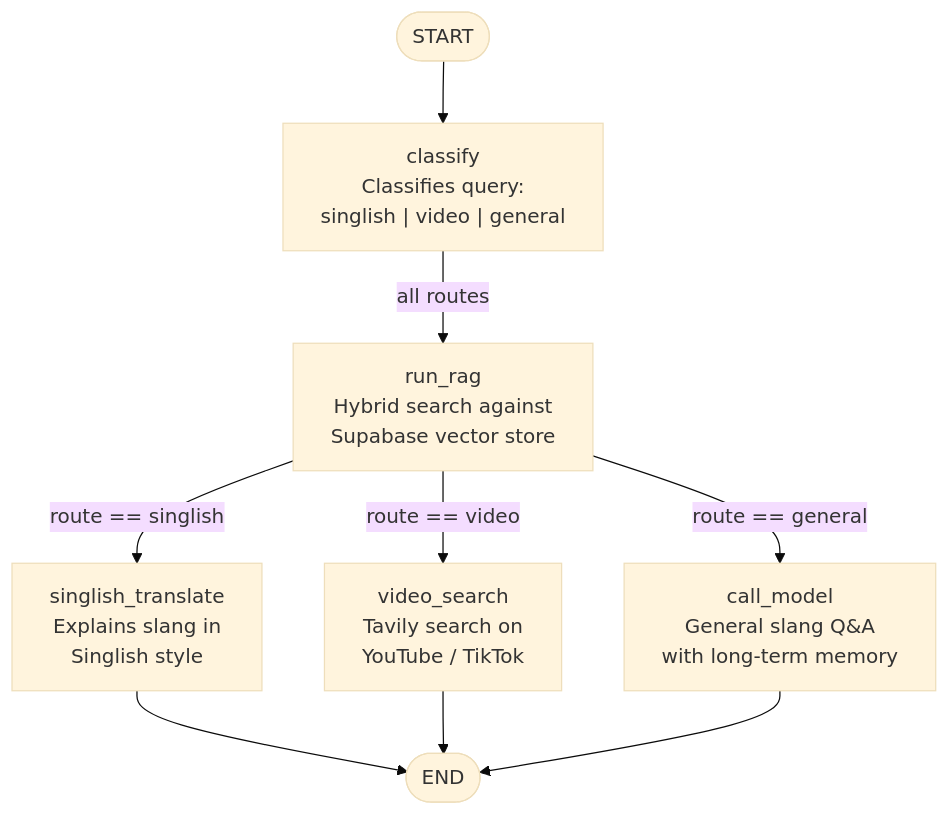
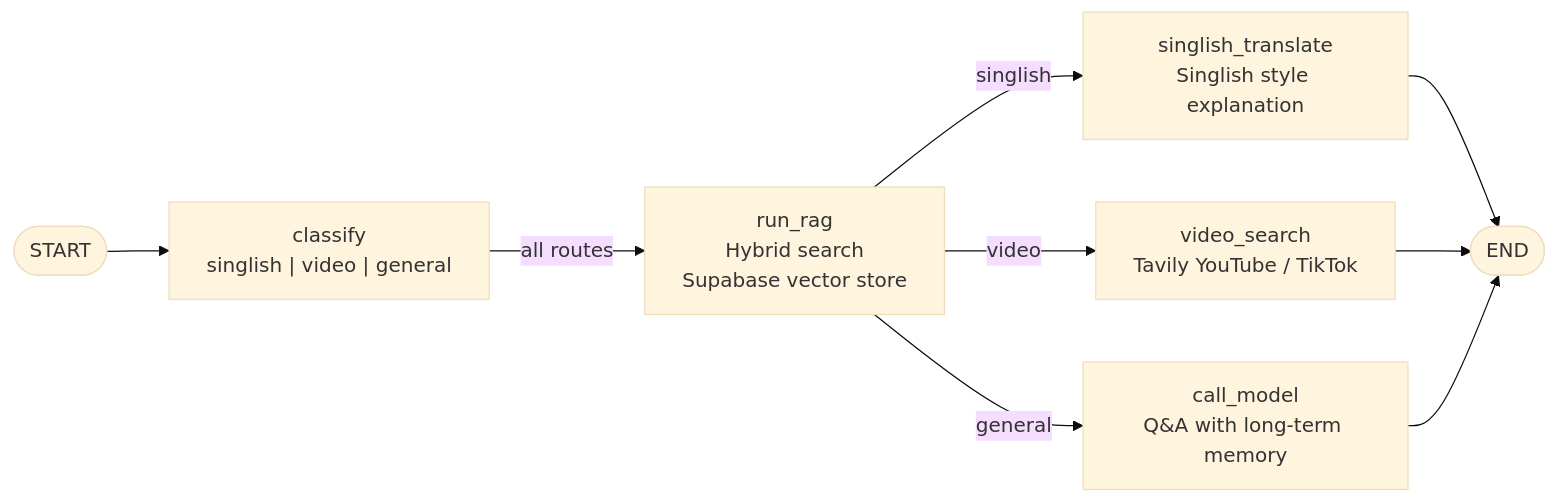
One commit to KevanSoon/CS203 changed the first of 2 diagrams in README.md. Above: the diagram before and after it, drawn with Mermaid (base theme). The commit also changed other lines of this file, not shown here.

First line of the commit message:
Improve mermaid diagram formatting in README

````diff
--- a/README.md
+++ b/README.md
@@ -103,22 +103,16 @@
 ```mermaid
-flowchart TD
+flowchart LR
     START([START]) --> classify
 
-    classify["classify\nClassifies query:\nsinglish | video | general"]
+    classify["classify<br/>singlish | video | general"]
 
     classify -->|all routes| run_rag
 
-    run_rag["run_rag\nHybrid search against\nSupabase vector store"]
+    run_rag["run_rag<br/>Hybrid search<br/>Supabase vector store"]
 
-    run_rag -->|route == singlish| singlish_translate
-    run_rag -->|route == video| video_search
-    run_rag -->|route == general| call_model
+    run_rag -->|singlish| singlish_translate["singlish_translate<br/>Singlish style explanation"]
+    run_rag -->|video| video_search["video_search<br/>Tavily YouTube / TikTok"]
+    run_rag -->|general| call_model["call_model<br/>Q&A with long-term memory"]
 
-    singlish_translate["singlish_translate\nExplains slang in\nSinglish style"]
-    video_search["video_search\nTavily search on\nYouTube / TikTok"]
-    call_model["call_model\nGeneral slang Q&A\nwith long-term memory"]
-
-    singlish_translate --> END([END])
-    video_search --> END
-    call_model --> END
+    singlish_translate & video_search & call_model --> END([END])
 ```
````
